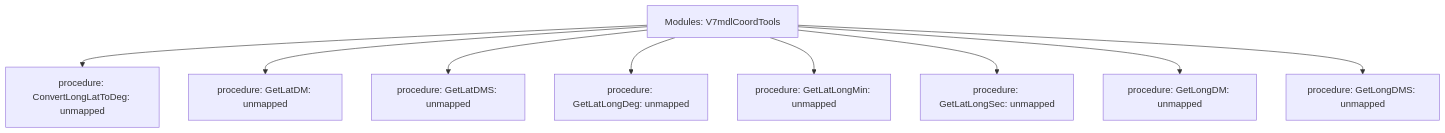
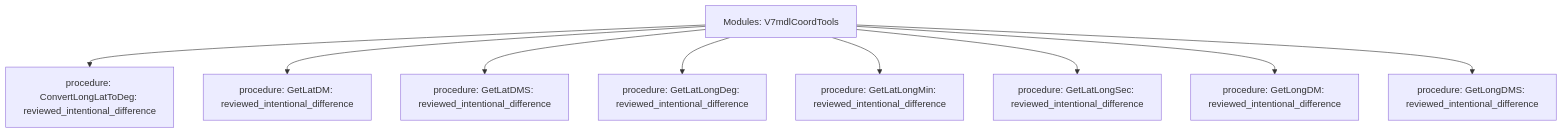
The diagram in data-raw/parity/generated/trees/modules-v7mdlcoordtools.mmd (Boostao/vpro), drawn with Mermaid before and after one commit. The commit also changed 27 other files, not shown here.

```diff
--- a/data-raw/parity/generated/trees/modules-v7mdlcoordtools.mmd
+++ b/data-raw/parity/generated/trees/modules-v7mdlcoordtools.mmd
@@ -1,10 +1,10 @@
 flowchart TD
   root[Modules: V7mdlCoordTools]
-  root --> n1[procedure: ConvertLongLatToDeg: unmapped]
-  root --> n2[procedure: GetLatDM: unmapped]
-  root --> n3[procedure: GetLatDMS: unmapped]
-  root --> n4[procedure: GetLatLongDeg: unmapped]
-  root --> n5[procedure: GetLatLongMin: unmapped]
-  root --> n6[procedure: GetLatLongSec: unmapped]
-  root --> n7[procedure: GetLongDM: unmapped]
-  root --> n8[procedure: GetLongDMS: unmapped]
+  root --> n1[procedure: ConvertLongLatToDeg: reviewed_intentional_difference]
+  root --> n2[procedure: GetLatDM: reviewed_intentional_difference]
+  root --> n3[procedure: GetLatDMS: reviewed_intentional_difference]
+  root --> n4[procedure: GetLatLongDeg: reviewed_intentional_difference]
+  root --> n5[procedure: GetLatLongMin: reviewed_intentional_difference]
+  root --> n6[procedure: GetLatLongSec: reviewed_intentional_difference]
+  root --> n7[procedure: GetLongDM: reviewed_intentional_difference]
+  root --> n8[procedure: GetLongDMS: reviewed_intentional_difference]
```
